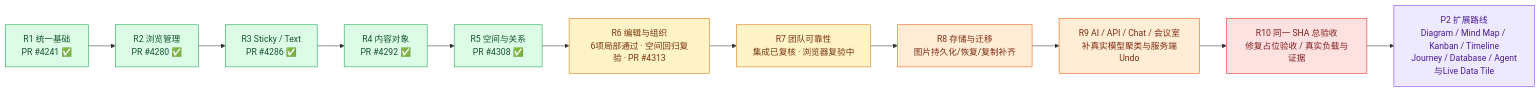
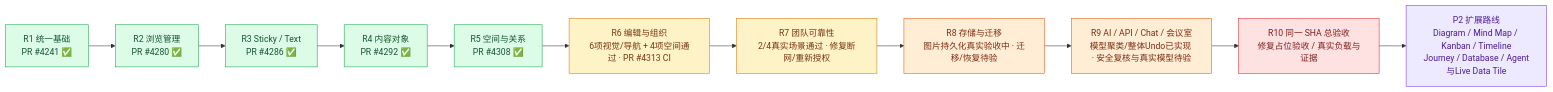
Before and after one commit to boardx/workspacex: the first of 3 diagrams in phases/phase-19-board-visual-workspace/design-deltas/2026-09-26-unified-board-plan.md, drawn with Mermaid. The commit also changed other lines of this file, not shown here.

Commit message:
docs(board): update Mermaid plan with verified spatial results and recovery gaps

````diff
--- a/phases/phase-19-board-visual-workspace/design-deltas/2026-09-26-unified-board-plan.md
+++ b/phases/phase-19-board-visual-workspace/design-deltas/2026-09-26-unified-board-plan.md
@@ -23,20 +23,20 @@
 ```mermaid
 flowchart LR
   R1["R1 统一基础<br/>PR #4241 ✅"]:::merged --> R2["R2 浏览管理<br/>PR #4280 ✅"]:::merged
   R2 --> R3["R3 Sticky / Text<br/>PR #4286 ✅"]:::merged
   R3 --> R4["R4 内容对象<br/>PR #4292 ✅"]:::merged
   R4 --> R5["R5 空间与关系<br/>PR #4308 ✅"]:::merged
-  R5 --> R6["R6 编辑与组织<br/>6项局部通过 · 空间回归复验 · PR #4313"]:::accepting
-  R6 --> R7["R7 团队可靠性<br/>集成已复核 · 浏览器复验中"]:::accepting
-  R7 --> R8["R8 存储与迁移<br/>图片持久化/恢复/复制补齐"]:::working
-  R8 --> R9["R9 AI / API / Chat / 会议室<br/>补真实模型聚类与服务端Undo"]:::working
+  R5 --> R6["R6 编辑与组织<br/>6项视觉/导航 + 4项空间通过 · PR #4313 CI"]:::accepting
+  R6 --> R7["R7 团队可靠性<br/>2/4真实场景通过 · 修复断网/重新授权"]:::accepting
+  R7 --> R8["R8 存储与迁移<br/>图片持久化真实验收中 · 迁移/恢复待验"]:::working
+  R8 --> R9["R9 AI / API / Chat / 会议室<br/>模型聚类/整体Undo已实现 · 安全复核与真实模型待验"]:::working
   R9 --> R10["R10 同一 SHA 总验收<br/>修复占位验收 / 真实负载与证据"]:::blocked
   R10 --> P2["P2 扩展路线<br/>Diagram / Mind Map / Kanban / Timeline<br/>Journey / Database / Agent与Live Data Tile"]:::future
   classDef merged fill:#dcfce7,stroke:#16a34a,color:#14532d
   classDef accepting fill:#fef3c7,stroke:#d97706,color:#78350f
   classDef ready fill:#dbeafe,stroke:#2563eb,color:#1e3a8a
   classDef working fill:#ffedd5,stroke:#ea580c,color:#7c2d12
   classDef blocked fill:#fee2e2,stroke:#dc2626,color:#7f1d1d
   classDef todo fill:#f1f5f9,stroke:#64748b,color:#334155
   classDef future fill:#ede9fe,stroke:#7c3aed,color:#4c1d95
 ```
````
